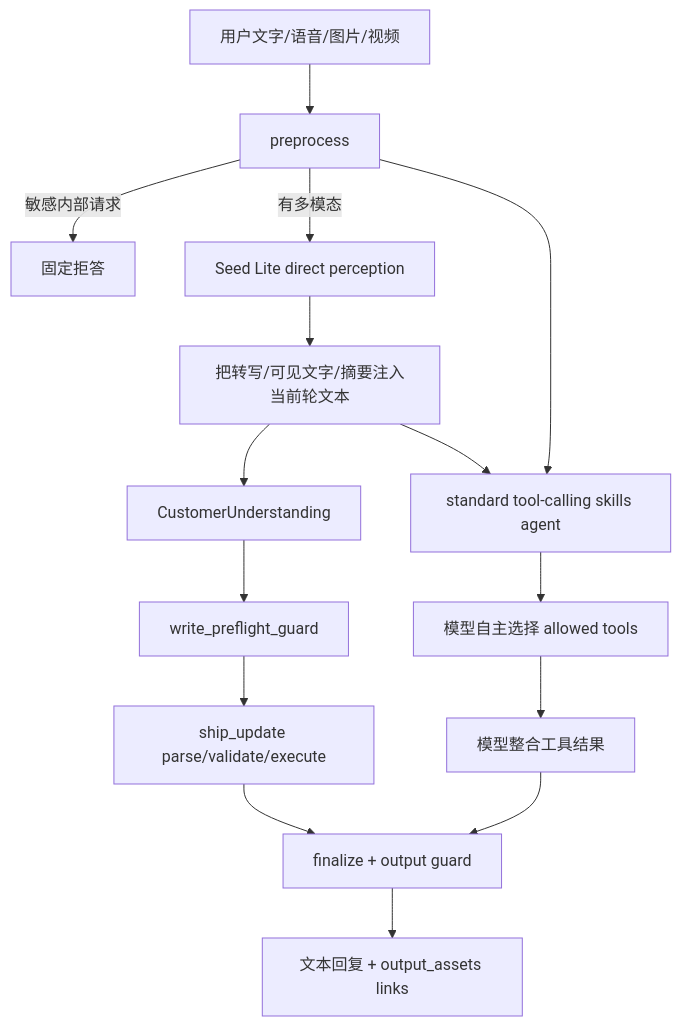
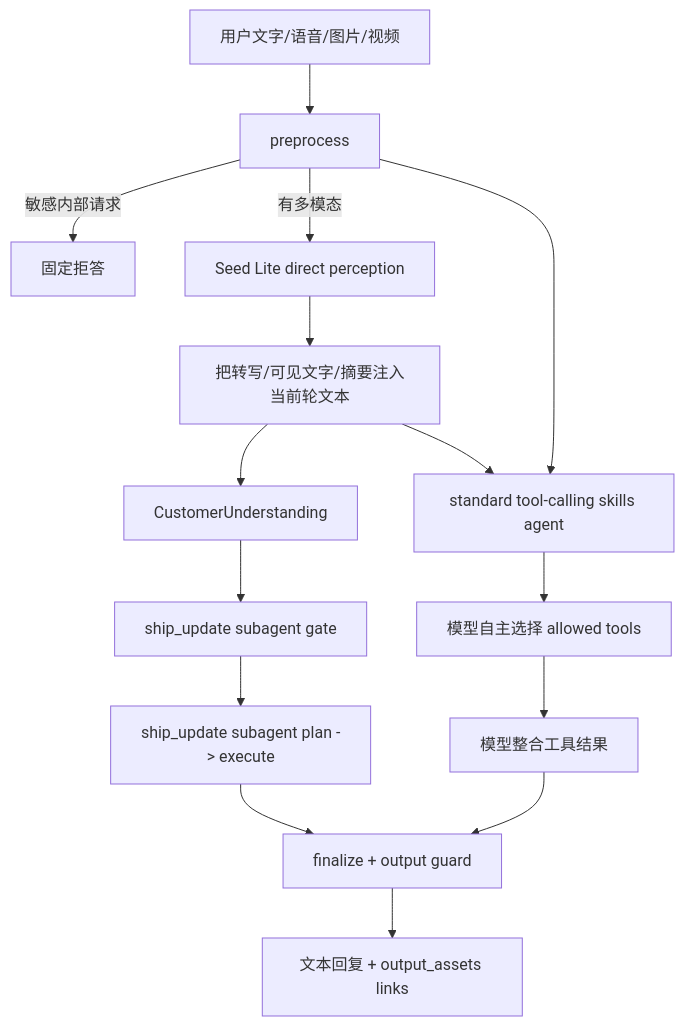
Before and after one commit to lr12338/hifleet-agent: the second of 3 diagrams in docs/AGENT_TECHNICAL_DOCUMENTATION.md, drawn with Mermaid. The commit also changed other lines of this file and 25 other files, not shown here.

Commit message:
Refine customer support ship update flow

````diff
--- a/docs/AGENT_TECHNICAL_DOCUMENTATION.md
+++ b/docs/AGENT_TECHNICAL_DOCUMENTATION.md
@@ -86,17 +87,17 @@
 ```mermaid
 flowchart TD
     Msg[用户文字/语音/图片/视频] --> Pre[preprocess]
     Pre -->|敏感内部请求| Refuse[固定拒答]
     Pre -->|有多模态| Perception[Seed Lite direct perception]
     Perception --> Rewrite[把转写/可见文字/摘要注入当前轮文本]
     Rewrite --> Understanding[CustomerUnderstanding]
-    Understanding --> WriteGuard[write_preflight_guard]
+    Understanding --> ShipGate[ship_update subagent gate]
     Pre --> Delegate[standard tool-calling skills agent]
     Rewrite --> Delegate
-    WriteGuard --> ShipUpdate[ship_update parse/validate/execute]
+    ShipGate --> ShipUpdate[ship_update subagent plan -> execute]
     ShipUpdate --> Finalize[finalize + output guard]
     Delegate --> Tools[模型自主选择 allowed tools]
     Tools --> Answer[模型整合工具结果]
     Answer --> Finalize[finalize + output guard]
     Finalize --> Reply[文本回复 + output_assets links]
 ```
````
